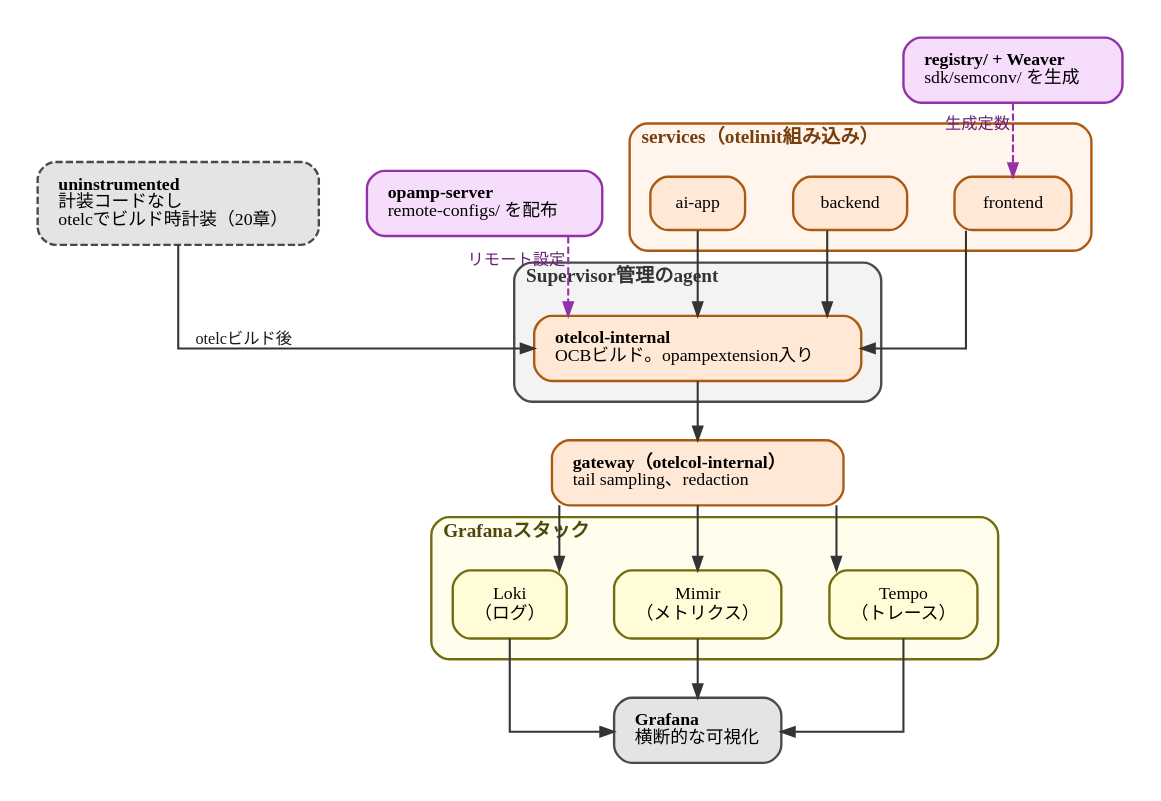
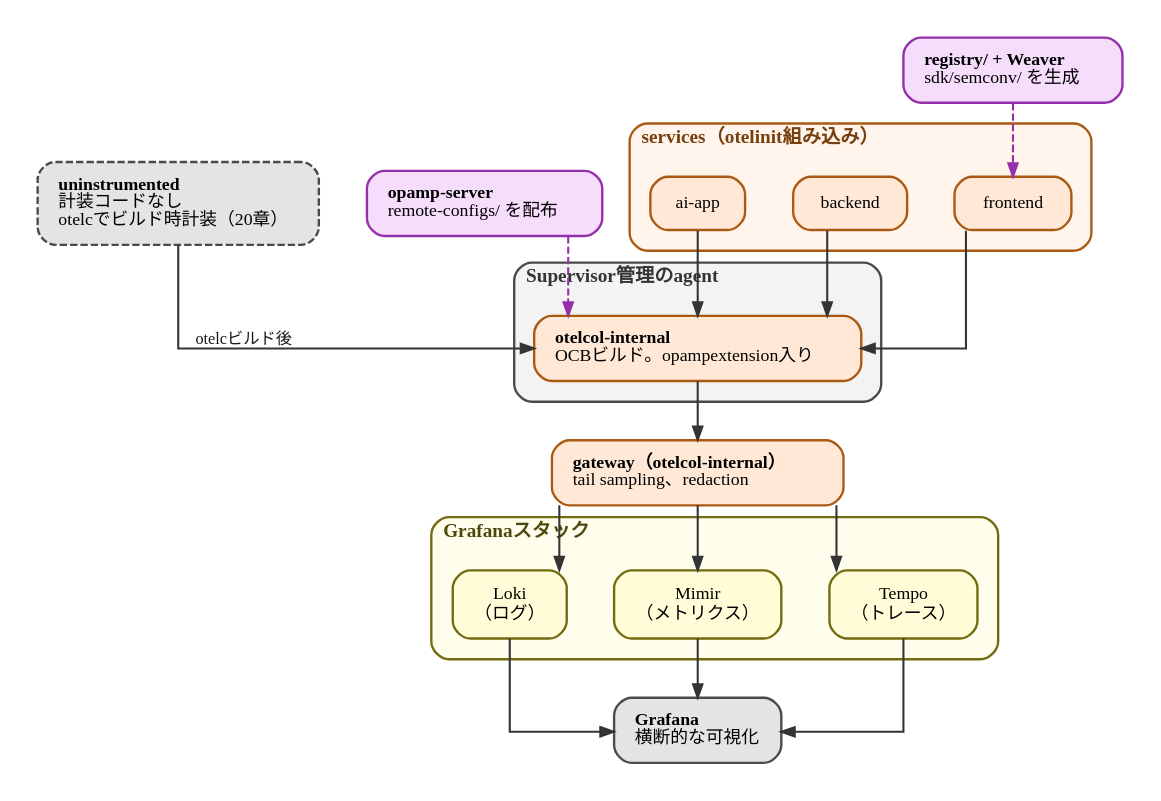
Before and after one commit to ymotongpoo/zenn.dev: the diagram in diagrams/observability-platform-with-otel/20260926-blueprint-overview.dot, drawn with Graphviz. The commit also changed 20 other files, not shown here.

```diff
--- a/diagrams/observability-platform-with-otel/20260926-blueprint-overview.dot
+++ b/diagrams/observability-platform-with-otel/20260926-blueprint-overview.dot
@@ -1,68 +1,70 @@
 // リファレンス実装 otel-platform-blueprint の全体構成
 digraph blueprint_overview {
   graph [
     fontname="IBM Plex Sans JP", fontsize=13,
     rankdir=TB, compound=true, splines=ortho,
     nodesep=0.45, ranksep=0.55, pad=0.25,
     bgcolor="white", newrank=true
   ];
   node [
     fontname="IBM Plex Sans JP", fontsize=12,
     shape=box, style="rounded,filled",
     fillcolor="#E4E4E4", color="#4A4A4A", penwidth=1.6,
     margin="0.2,0.14"
   ];
   edge [
     fontname="IBM Plex Sans JP", fontsize=11,
     color="#343434", penwidth=1.4, arrowsize=0.9,
     fontcolor="#171717"
   ];
 
   subgraph cluster_services {
     label=<<b>services（otelinit組み込み）</b>>;
     labeljust="l"; style="rounded"; penwidth=1.6;
     color="#AB5A13"; bgcolor="#FFF5ED"; fontcolor="#783F0E"; margin=14;
     frontend [label="frontend", fillcolor="#FFE9D6", color="#AB5A13"];
     backendsvc [label="backend", fillcolor="#FFE9D6", color="#AB5A13"];
     aiapp [label="ai-app", fillcolor="#FFE9D6", color="#AB5A13"];
   }
 
   uninstr [label=<<b>uninstrumented</b><br align="left"/>計装コードなし<br align="left"/>otelcでビルド時計装（20章）<br align="left"/>>, style="rounded,filled,dashed", fillcolor="#E4E4E4", color="#4A4A4A"];
 
   subgraph cluster_agent {
     label=<<b>Supervisor管理のagent</b>>;
     labeljust="l"; style="rounded"; penwidth=1.6;
     color="#4A4A4A"; bgcolor="#F3F3F3"; fontcolor="#343434"; margin=14;
     agent [label=<<b>otelcol-internal</b><br align="left"/>OCBビルド。opampextension入り<br align="left"/>>, fillcolor="#FFE9D6", color="#AB5A13"];
   }
 
   opamp [label=<<b>opamp-server</b><br align="left"/>remote-configs/ を配布<br align="left"/>>, fillcolor="#F7DDFC", color="#9430A9"];
   gateway [label=<<b>gateway（otelcol-internal）</b><br align="left"/>tail sampling、redaction<br align="left"/>>, fillcolor="#FFE9D6", color="#AB5A13"];
 
   subgraph cluster_backend {
     label=<<b>Grafanaスタック</b>>;
     labeljust="l"; style="rounded"; penwidth=1.6;
     color="#736B10"; bgcolor="#FFFEED"; fontcolor="#4D470B"; margin=14;
     tempo [label="Tempo\n（トレース）", fillcolor="#FFFCD7", color="#736B10"];
     mimir [label="Mimir\n（メトリクス）", fillcolor="#FFFCD7", color="#736B10"];
     loki [label="Loki\n（ログ）", fillcolor="#FFFCD7", color="#736B10"];
   }
 
   grafana [label=<<b>Grafana</b><br align="left"/>横断的な可視化<br align="left"/>>];
   weaverreg [label=<<b>registry/ + Weaver</b><br align="left"/>sdk/semconv/ を生成<br align="left"/>>, fillcolor="#F7DDFC", color="#9430A9"];
 
   frontend -> agent;
   backendsvc -> agent;
   aiapp -> agent;
   uninstr -> agent [xlabel=" otelcビルド後"];
   agent -> gateway;
   gateway -> tempo;
   gateway -> mimir;
   gateway -> loki;
   tempo -> grafana;
   mimir -> grafana;
   loki -> grafana;
 
-  opamp -> agent [style=dashed, color="#9430A9", fontcolor="#6A2278", xlabel=" リモート設定"];
-  weaverreg -> frontend [style=dashed, color="#9430A9", fontcolor="#6A2278", xlabel=" 生成定数"];
+  // 点線の意味（設定と生成物の配布先）はキャプションが述べている。
+  // ラベルを置くとクラスタの枠線や矢印の線に乗る。
+  opamp -> agent [style=dashed, color="#9430A9", fontcolor="#6A2278"];
+  weaverreg -> frontend [style=dashed, color="#9430A9", fontcolor="#6A2278"];
 }
```
